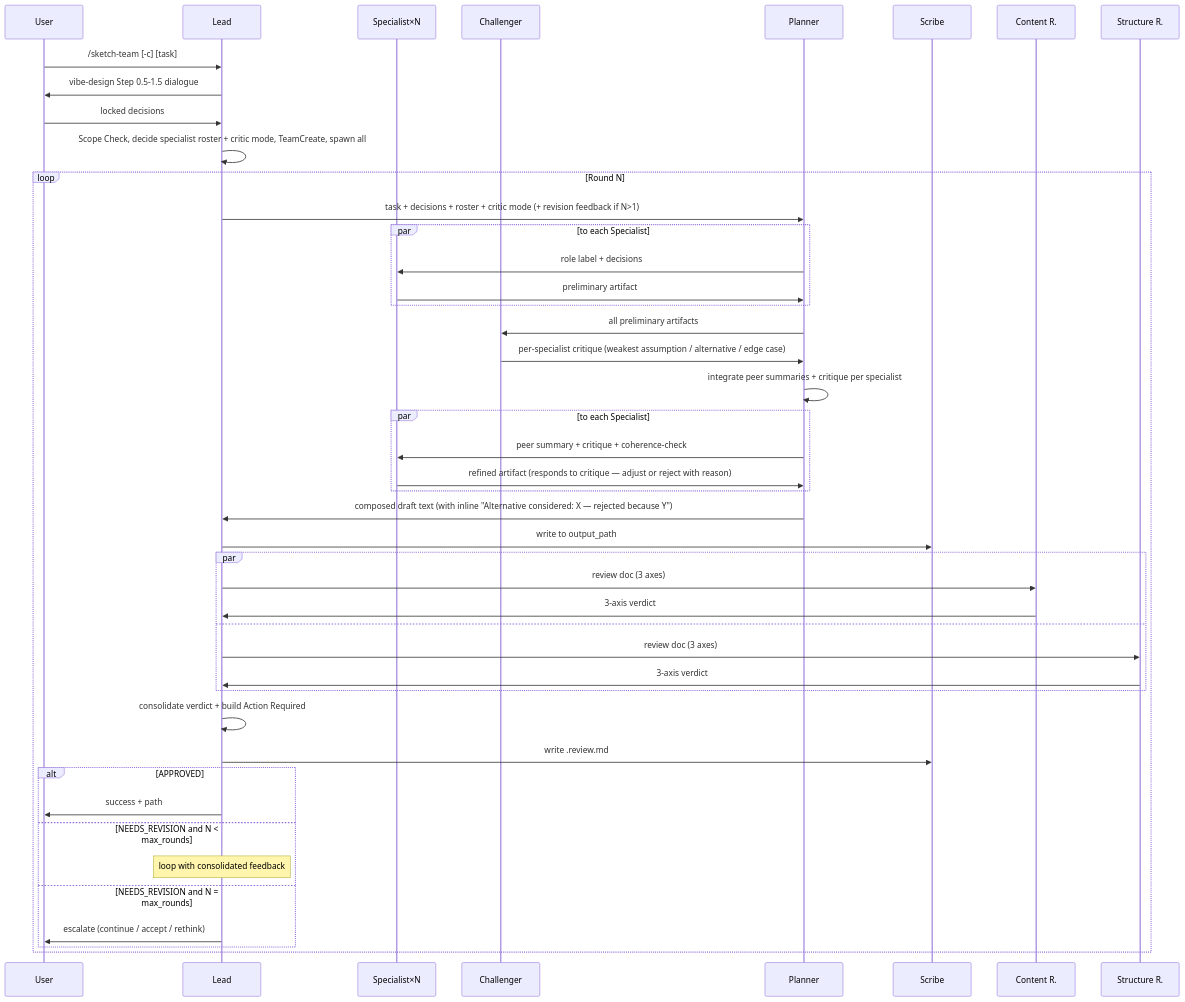
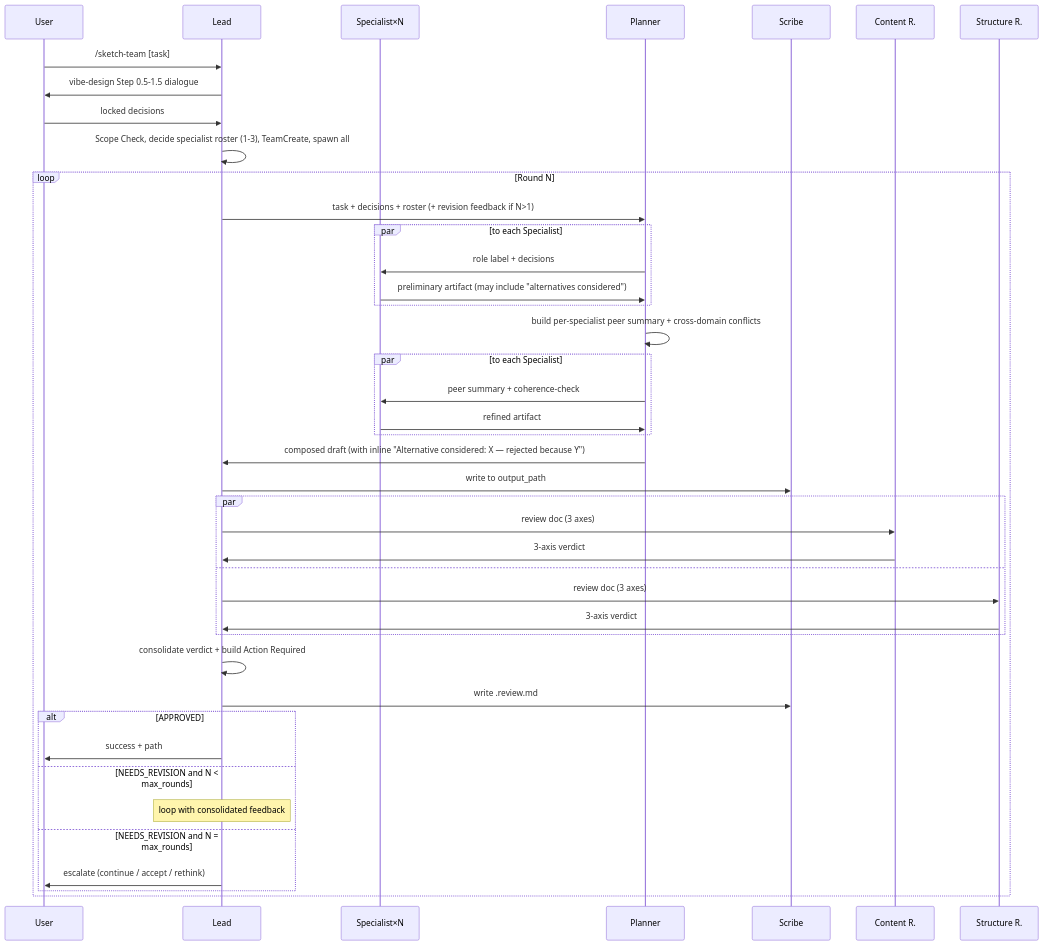
Before and after one commit to flashwade03/fablers-claude-harness: the diagram in plugins/vibe-architecture/docs/sketch-team.md, drawn with Mermaid. The commit also changed other lines of this file and 10 other files, not shown here.

````diff
--- a/plugins/vibe-architecture/docs/sketch-team.md
+++ b/plugins/vibe-architecture/docs/sketch-team.md
@@ -109,49 +100,46 @@
 ```mermaid
 sequenceDiagram
     participant U as User
     participant L as Lead
     participant SD as Specialist×N
-    participant CH as Challenger
     participant P as Planner
     participant S as Scribe
     participant CR as Content R.
     participant SR as Structure R.
 
-    U->>L: /sketch-team [-c] [task]
+    U->>L: /sketch-team [task]
     L->>U: vibe-design Step 0.5-1.5 dialogue
     U->>L: locked decisions
-    L->>L: Scope Check, decide specialist roster + critic mode, TeamCreate, spawn all
+    L->>L: Scope Check, decide specialist roster (1-3), TeamCreate, spawn all
 
     loop Round N
-        L->>P: task + decisions + roster + critic mode (+ revision feedback if N>1)
+        L->>P: task + decisions + roster (+ revision feedback if N>1)
         par to each Specialist
             P->>SD: role label + decisions
-            SD->>P: preliminary artifact
+            SD->>P: preliminary artifact (may include "alternatives considered")
         end
-        P->>CH: all preliminary artifacts
-        CH->>P: per-specialist critique (weakest assumption / alternative / edge case)
-        P->>P: integrate peer summaries + critique per specialist
+        P->>P: build per-specialist peer summary + cross-domain conflicts
         par to each Specialist
-            P->>SD: peer summary + critique + coherence-check
-            SD->>P: refined artifact (responds to critique — adjust or reject with reason)
+            P->>SD: peer summary + coherence-check
+            SD->>P: refined artifact
         end
-        P->>L: composed draft text (with inline "Alternative considered: X — rejected because Y")
+        P->>L: composed draft (with inline "Alternative considered: X — rejected because Y")
         L->>S: write to output_path
         par
             L->>CR: review doc (3 axes)
             CR->>L: 3-axis verdict
         and
             L->>SR: review doc (3 axes)
             SR->>L: 3-axis verdict
         end
         L->>L: consolidate verdict + build Action Required
         L->>S: write .review.md
         alt APPROVED
             L->>U: success + path
         else NEEDS_REVISION and N < max_rounds
             Note over L: loop with consolidated feedback
         else NEEDS_REVISION and N = max_rounds
             L->>U: escalate (continue / accept / rethink)
         end
     end
 ```
````
